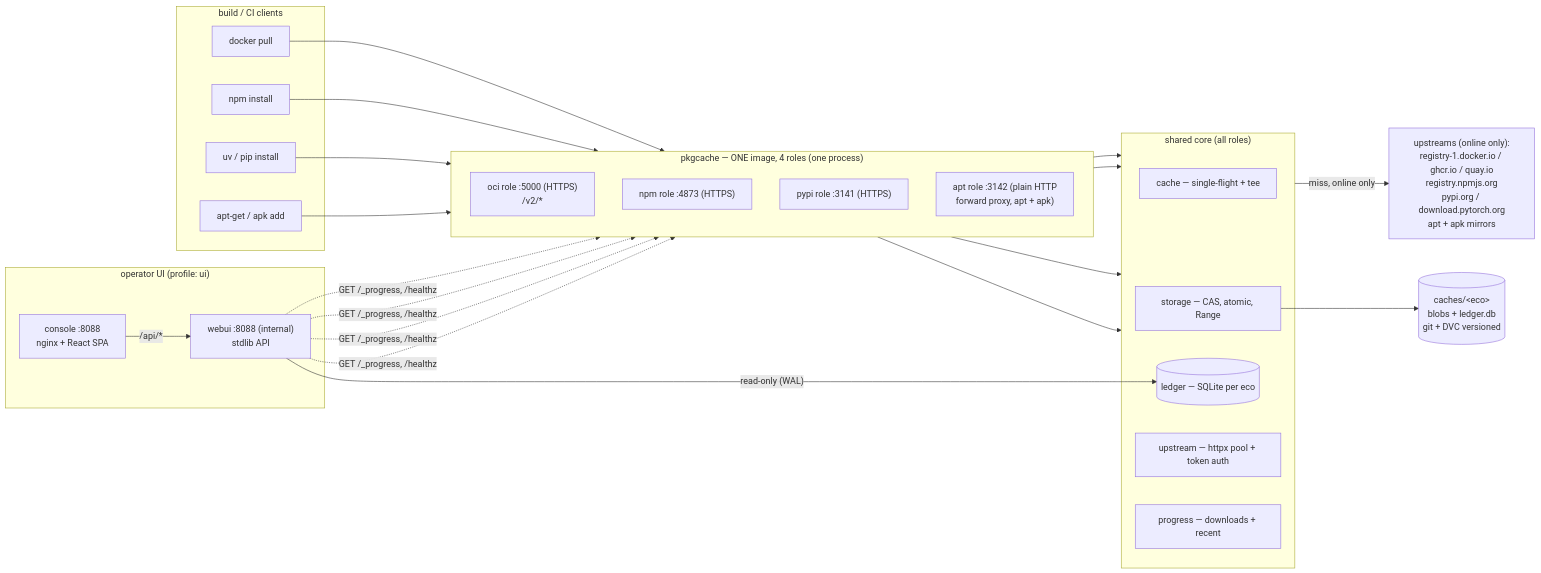
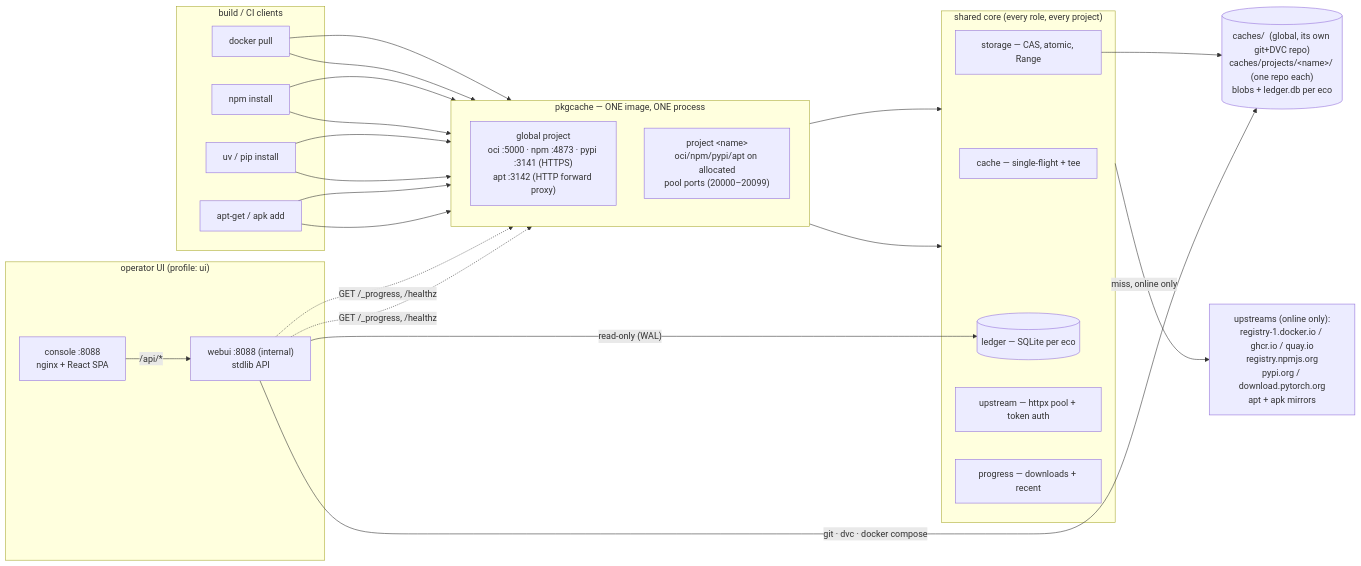
Before and after one commit to aabdlwahab/PKGCache: the first of 7 diagrams in README.md, drawn with Mermaid. The commit also changed other lines of this file and 2 other files, not shown here.

First line of the commit message:
docs: rewrite README and add architecture/usage docs

````diff
--- a/README.md
+++ b/README.md
@@ -51,45 +172,44 @@
 ```mermaid
 flowchart LR
   subgraph clients["build / CI clients"]
     dk["docker pull"]
     np["npm install"]
     pp["uv / pip install"]
     at["apt-get / apk add"]
   end
 
-  subgraph image["pkgcache — ONE image, 4 roles (one process)"]
+  subgraph image["pkgcache — ONE image, ONE process"]
     direction TB
-    oci["oci role :5000 (HTTPS)\n/v2/*"]
-    npm["npm role :4873 (HTTPS)"]
-    pypi["pypi role :3141 (HTTPS)"]
-    apt["apt role :3142 (plain HTTP\nforward proxy, apt + apk)"]
+    g["global project\noci :5000 · npm :4873 · pypi :3141 (HTTPS)\napt :3142 (HTTP forward proxy)"]
+    p["project &lt;name&gt;\noci/npm/pypi/apt on allocated\npool ports (20000–20099)"]
   end
 
-  subgraph core["shared core (all roles)"]
+  subgraph core["shared core (every role, every project)"]
     cache["cache — single-flight + tee"]
     st["storage — CAS, atomic, Range"]
     led[("ledger — SQLite per eco")]
     up["upstream — httpx pool + token auth"]
     pr["progress — downloads + recent"]
   end
 
   ups["upstreams (online only):\nregistry-1.docker.io / ghcr.io / quay.io\nregistry.npmjs.org\npypi.org / download.pytorch.org\napt + apk mirrors"]
 
   subgraph ui["operator UI (profile: ui)"]
     console["console :8088\nnginx + React SPA"]
     webui["webui :8088 (internal)\nstdlib API"]
   end
 
-  dvc[("caches/&lt;eco&gt;\nblobs + ledger.db\ngit + DVC versioned")]
+  dvc[("caches/  (global, its own git+DVC repo)\ncaches/projects/&lt;name&gt;/ (one repo each)\nblobs + ledger.db per eco")]
 
-  dk --> oci
-  np --> npm
-  pp --> pypi
-  at --> apt
-  oci & npm & pypi & apt --> core
+  dk --> g & p
+  np --> g & p
+  pp --> g & p
+  at --> g & p
+  g & p --> core
   core -->|"miss, online only"| ups
   st --> dvc
   console -->|"/api/*"| webui
   webui -->|"read-only (WAL)"| led
-  webui -.->|"GET /_progress, /healthz"| oci & npm & pypi & apt
+  webui -.->|"GET /_progress, /healthz"| g & p
+  webui -->|"git · dvc · docker compose"| dvc
 ```
````
